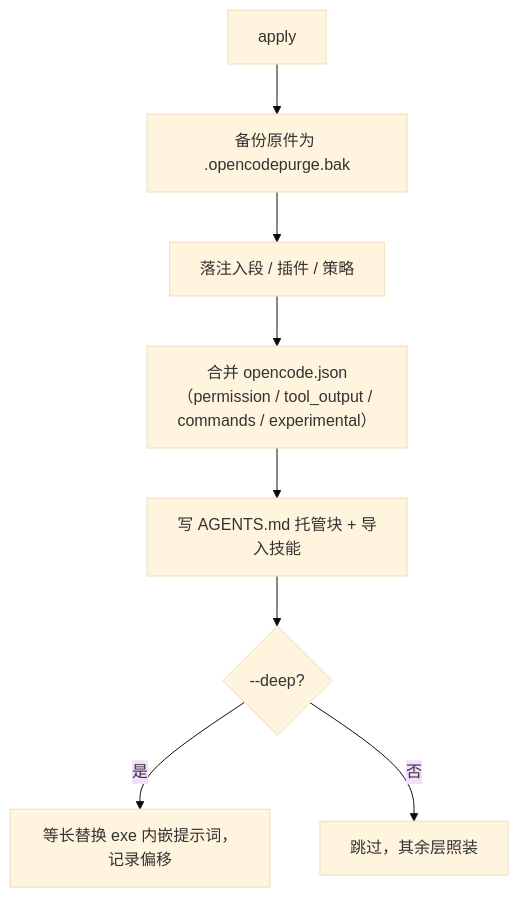
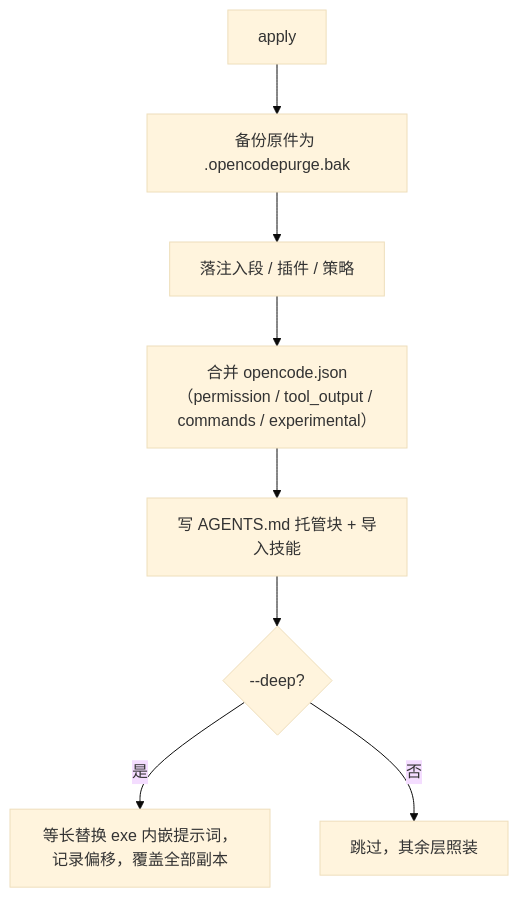
The first of 2 diagrams in README.zh-CN.md (oahcom/opencode-purge), drawn with Mermaid (base theme) before and after one commit. The commit also changed other lines of this file and 12 other files, not shown here.

````diff
--- a/README.zh-CN.md
+++ b/README.zh-CN.md
@@ -138,10 +142,10 @@
 ```mermaid
 flowchart TD
   A["apply"] --> B["备份原件为 .opencodepurge.bak"]
   B --> C["落注入段 / 插件 / 策略"]
   C --> D["合并 opencode.json（permission / tool_output / commands / experimental）"]
   D --> E["写 AGENTS.md 托管块 + 导入技能"]
   E --> F{"--deep?"}
-  F -->|是| G["等长替换 exe 内嵌提示词，记录偏移"]
+  F -->|是| G["等长替换 exe 内嵌提示词，记录偏移，覆盖全部副本"]
   F -->|否| H["跳过，其余层照装"]
 ```
````
